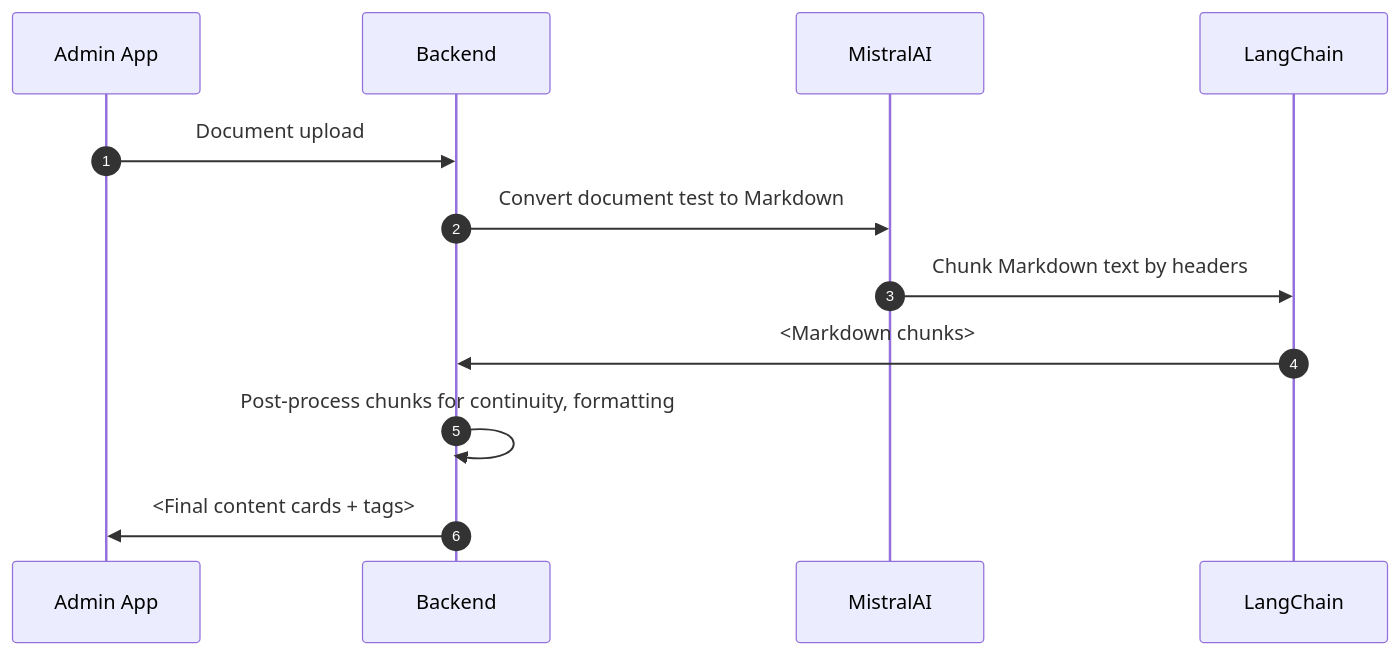
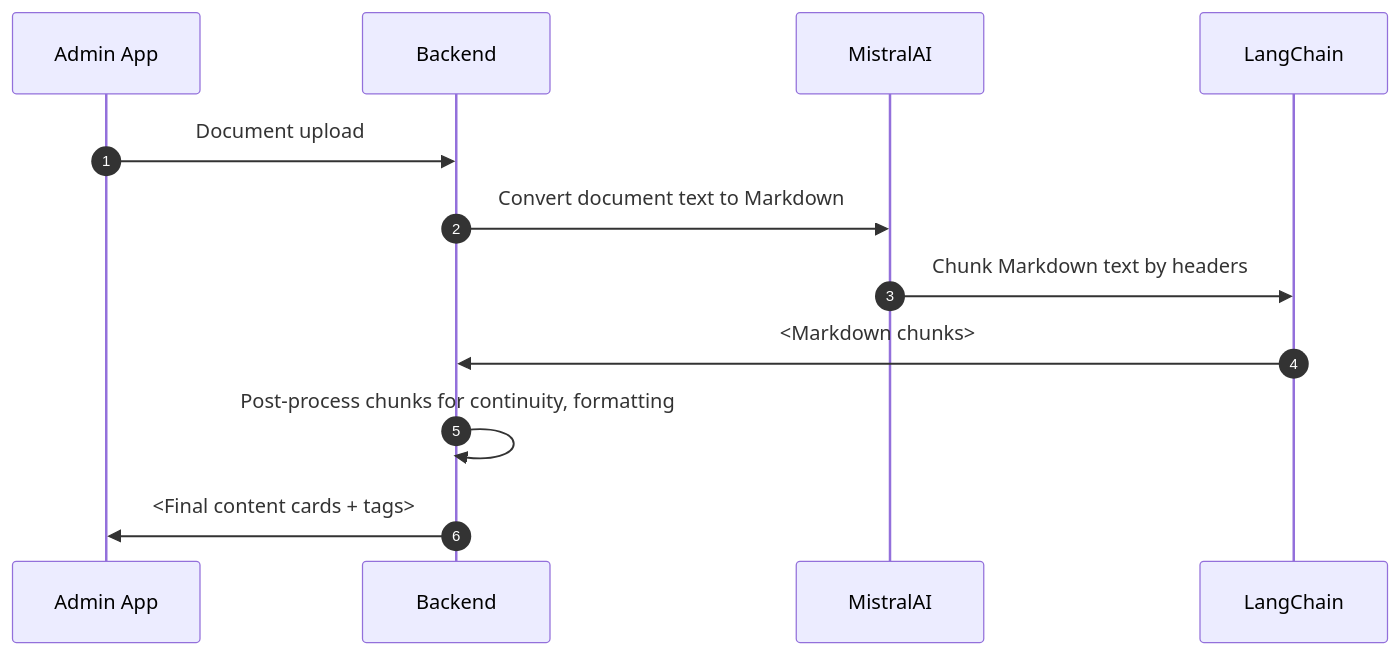
The diagram in docs/components/docmuncher/index.md (IDinsight/ask-a-question), drawn with Mermaid before and after one commit. The commit also changed 7 other files, not shown here.

````diff
--- a/docs/components/docmuncher/index.md
+++ b/docs/components/docmuncher/index.md
@@ -11,10 +12,10 @@
 ```mermaid
 sequenceDiagram
   autonumber
   Admin App->>Backend: Document upload
-  Backend->>MistralAI: Convert document test to Markdown
+  Backend->>MistralAI: Convert document text to Markdown
   MistralAI->>LangChain: Chunk Markdown text by headers
   LangChain->>Backend: <Markdown chunks>
   Backend->>Backend: Post-process chunks for continuity, formatting
   Backend->>Admin App: <Final content cards + tags>
 ```
````
